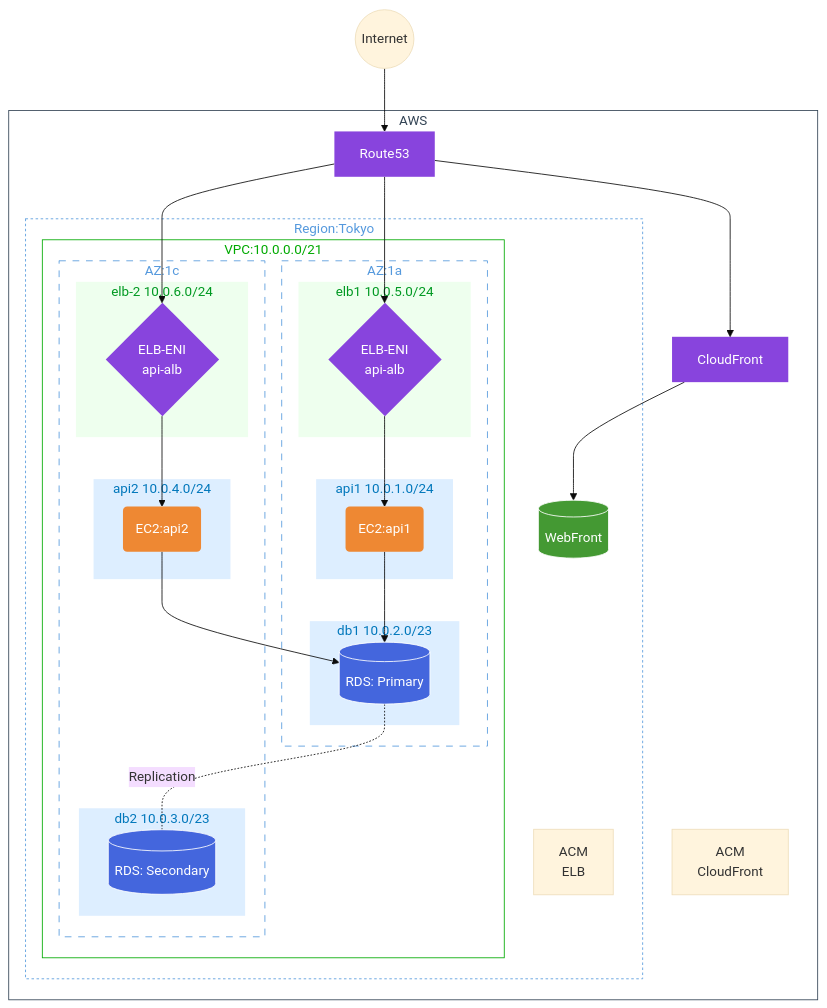
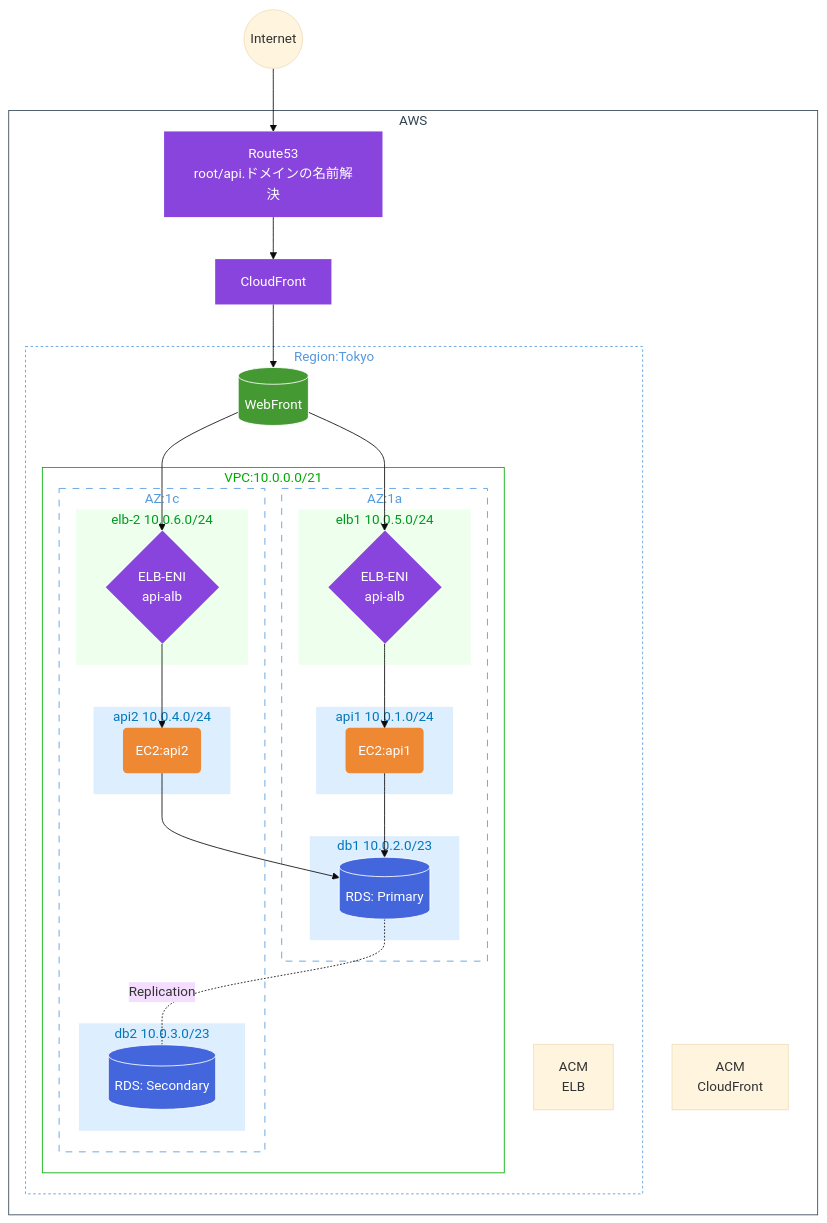
One commit to kuma8088/ct_sprints_iimura changed the diagram in README.md. Above: the diagram before and after it, drawn with Mermaid (base theme). The commit also changed other lines of this file, not shown here.

Commit message:
Mermaid update

```diff
--- a/README.md
+++ b/README.md
@@ -19,7 +19,7 @@
 
 %%グループとサービス
 subgraph GC[AWS]
-  DNS[Route53]
+  DNS[Route53<br>root/api.ドメインの名前解決]
   ACM2[ACM<br>CloudFront]
   subgraph GR[Region:Tokyo]
     ACM[ACM<br>ELB]
@@ -56,8 +56,8 @@
 INET --> DNS
 DNS --> CF
 CF --> ST1
-DNS --> NW1
-DNS --> NW2
+ST1 --> NW1
+ST1 --> NW2
 NW1 --> CP2
 NW2 --> CP3
 CP2 --> DB1
```
